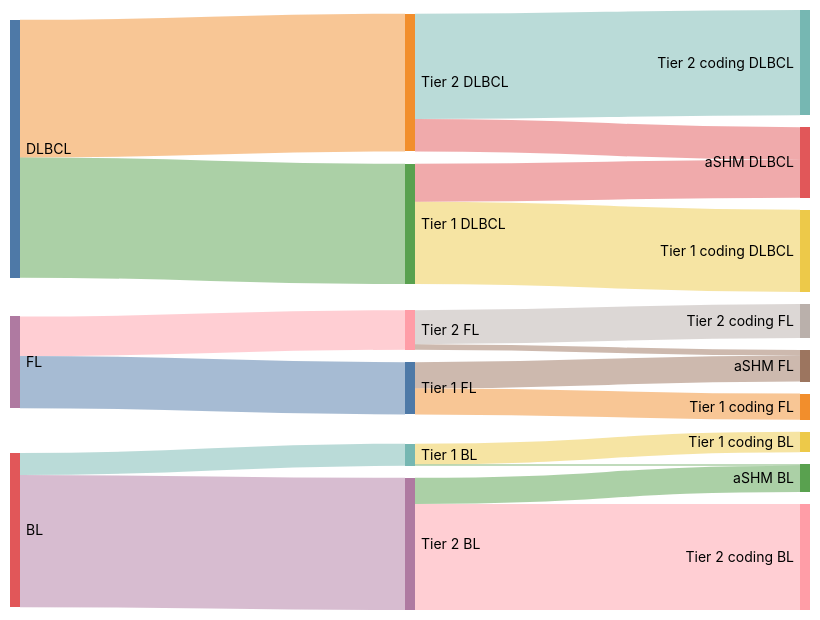
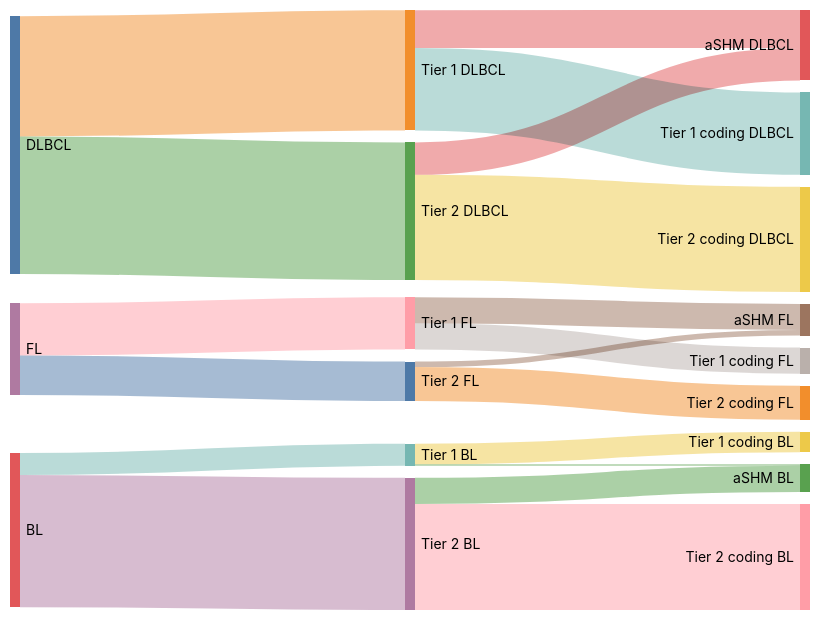
Before and after one commit to morinlab/lymphopedia: the diagram in sankey_with_ashm.md, drawn with Mermaid (neutral theme).

Commit message:
Updated sankey_with_ashm (markdown)

````diff
--- a/sankey_with_ashm.md
+++ b/sankey_with_ashm.md
@@ -1,38 +1,39 @@
 ```mermaid
 ---
 config:
   sankey:
     showValues: false
     linkColor: target
     width: 800
     height: 600
     nodeAlignment: right
 ---
 sankey-beta
+DLBCL, Tier 1 DLBCL, 152
+Tier 1 DLBCL, aSHM DLBCL, 48
+Tier 1 DLBCL, Tier 1 coding DLBCL, 104
 
 DLBCL, Tier 2 DLBCL, 174
 Tier 2 DLBCL, aSHM DLBCL, 41
 Tier 2 DLBCL, Tier 2 coding DLBCL, 133
-DLBCL, Tier 1 DLBCL, 152
-Tier 1 DLBCL, aSHM DLBCL, 48
-Tier 1 DLBCL, Tier 1 coding DLBCL, 104
+
+FL, Tier 1 FL, 66
+Tier 1 FL, aSHM FL, 33
+Tier 1 FL, Tier 1 coding FL, 33
 
 FL, Tier 2 FL, 50
 Tier 2 FL, aSHM FL, 7
 Tier 2 FL, Tier 2 coding FL, 43
 
-FL, Tier 1 FL, 66
-Tier 1 FL, aSHM FL, 33
-Tier 1 FL, Tier 1 coding FL, 33
 
 BL, Tier 1 BL, 28
 Tier 1 BL, aSHM BL, 2
 Tier 1 BL, Tier 1 coding BL, 26
 
 BL, Tier 2 BL, 167
 Tier 2 BL, aSHM BL, 33
 Tier 2 BL, Tier 2 coding BL, 134
 
 
 
 ```
````
